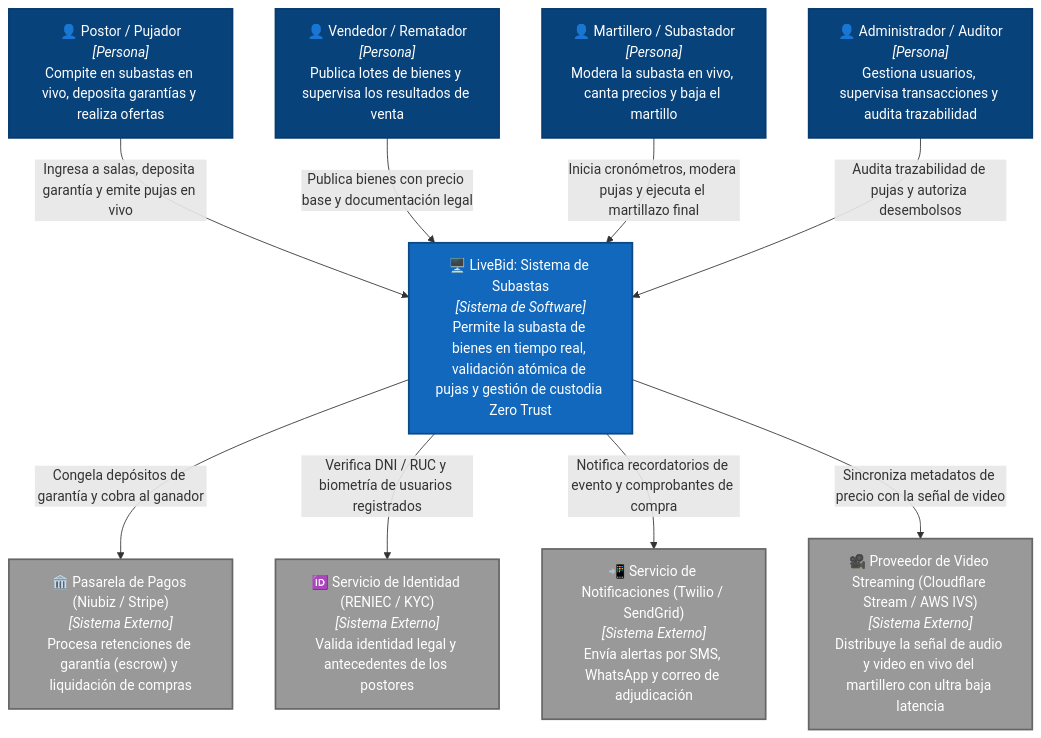
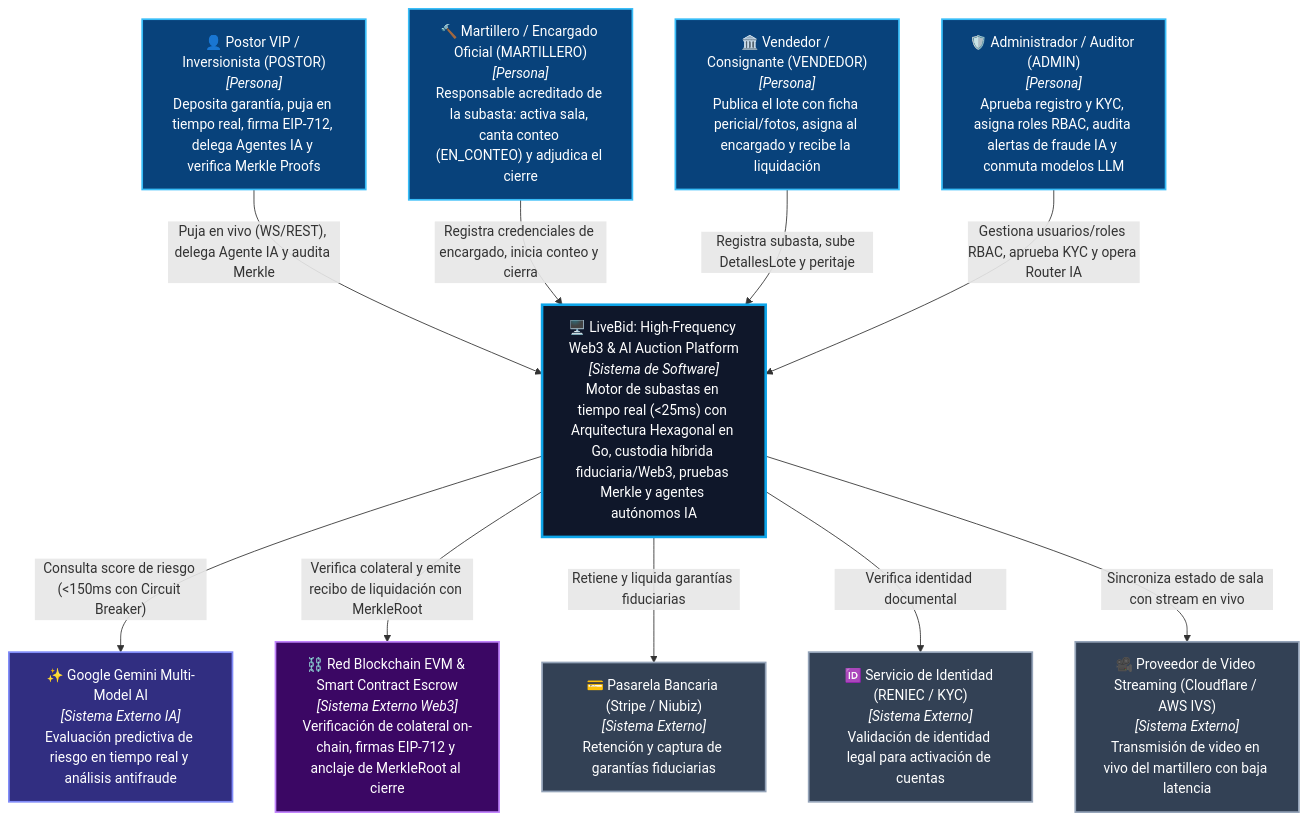
One commit to fxrl01/PlataformaSubastas-arquitSoft-02-Fernando changed the diagram in docs/04-modelo-c4/Nivel1-DiagramadeContextodelSistema.md. Above: the diagram before and after it, drawn with Mermaid. The commit also changed other lines of this file and 36 other files, not shown here.

Commit message:
feat(arch,backend): simplificar arquitectura con Stripe/PostgreSQL único e implementar módulos RBAC Admin, encargado y detalles de lote

````diff
--- a/docs/04-modelo-c4/Nivel1-DiagramadeContextodelSistema.md
+++ b/docs/04-modelo-c4/Nivel1-DiagramadeContextodelSistema.md
@@ -24,28 +17,32 @@
 ```mermaid
 graph TD
-    classDef person fill:#08427B,stroke:#073B6F,color:#ffffff,stroke-width:2px;
-    classDef system fill:#1168BD,stroke:#0B4884,color:#ffffff,stroke-width:2px;
-    classDef external fill:#999999,stroke:#666666,color:#ffffff,stroke-width:2px;
+    classDef person fill:#08427B,stroke:#38BDF8,color:#ffffff,stroke-width:2px;
+    classDef system fill:#0F172A,stroke:#0EA5E9,color:#ffffff,stroke-width:3px;
+    classDef external fill:#334155,stroke:#94A3B8,color:#ffffff,stroke-width:2px;
+    classDef web3 fill:#3B0764,stroke:#C084FC,color:#ffffff,stroke-width:2px;
+    classDef ai fill:#312E81,stroke:#818CF8,color:#ffffff,stroke-width:2px;
 
-    Pujador["👤 Postor / Pujador<br><i>[Persona]</i><br>Compite en subastas en vivo, deposita garantías y realiza ofertas"]:::person
-    Vendedor["👤 Vendedor / Rematador<br><i>[Persona]</i><br>Publica lotes de bienes y supervisa los resultados de venta"]:::person
-    Martillero["👤 Martillero / Subastador<br><i>[Persona]</i><br>Modera la subasta en vivo, canta precios y baja el martillo"]:::person
-    Admin["👤 Administrador / Auditor<br><i>[Persona]</i><br>Gestiona usuarios, supervisa transacciones y audita trazabilidad"]:::person
+    Pujador["👤 Postor VIP / Inversionista (POSTOR)<br><i>[Persona]</i><br>Deposita garantía, puja en tiempo real, firma EIP-712, delega Agentes IA y verifica Merkle Proofs"]:::person
+    Martillero["🔨 Martillero / Encargado Oficial (MARTILLERO)<br><i>[Persona]</i><br>Responsable acreditado de la subasta: activa sala, canta conteo (EN_CONTEO) y adjudica el cierre"]:::person
+    Vendedor["🏛️ Vendedor / Consignante (VENDEDOR)<br><i>[Persona]</i><br>Publica el lote con ficha pericial/fotos, asigna al encargado y recibe la liquidación"]:::person
+    Admin["🛡️ Administrador / Auditor (ADMIN)<br><i>[Persona]</i><br>Aprueba registro y KYC, asigna roles RBAC, audita alertas de fraude IA y conmuta modelos LLM"]:::person
 
-    LiveBid["🖥️ LiveBid: Sistema de Subastas<br><i>[Sistema de Software]</i><br>Permite la subasta de bienes en tiempo real, validación atómica de pujas y gestión de custodia Zero Trust"]:::system
+    LiveBid["🖥️ LiveBid: High-Frequency Web3 & AI Auction Platform<br><i>[Sistema de Software]</i><br>Motor de subastas en tiempo real (<25ms) con Arquitectura Hexagonal en Go, custodia híbrida fiduciaria/Web3, pruebas Merkle y agentes autónomos IA"]:::system
 
-    Pasarela["🏛️ Pasarela de Pagos (Niubiz / Stripe)<br><i>[Sistema Externo]</i><br>Procesa retenciones de garantía (escrow) y liquidación de compras"]:::external
-    KYC["🆔 Servicio de Identidad (RENIEC / KYC)<br><i>[Sistema Externo]</i><br>Valida identidad legal y antecedentes de los postores"]:::external
-    Notif["📲 Servicio de Notificaciones (Twilio / SendGrid)<br><i>[Sistema Externo]</i><br>Envía alertas por SMS, WhatsApp y correo de adjudicación"]:::external
-    VideoLive["🎥 Proveedor de Video Streaming (Cloudflare Stream / AWS IVS)<br><i>[Sistema Externo]</i><br>Distribuye la señal de audio y video en vivo del martillero con ultra baja latencia"]:::external
+    GeminiAI["✨ Google Gemini Multi-Model AI<br><i>[Sistema Externo IA]</i><br>Evaluación predictiva de riesgo en tiempo real y análisis antifraude"]:::ai
+    EVMChain["⛓️ Red Blockchain EVM & Smart Contract Escrow<br><i>[Sistema Externo Web3]</i><br>Verificación de colateral on-chain, firmas EIP-712 y anclaje de MerkleRoot al cierre"]:::web3
+    Pasarela["💳 Pasarela Bancaria (Stripe / Niubiz)<br><i>[Sistema Externo]</i><br>Retención y captura de garantías fiduciarias"]:::external
+    KYC["🆔 Servicio de Identidad (RENIEC / KYC)<br><i>[Sistema Externo]</i><br>Validación de identidad legal para activación de cuentas"]:::external
+    VideoLive["🎥 Proveedor de Video Streaming (Cloudflare / AWS IVS)<br><i>[Sistema Externo]</i><br>Transmisión de video en vivo del martillero con baja latencia"]:::external
 
-    Pujador -->|Ingresa a salas, deposita garantía y emite pujas en vivo| LiveBid
-    Vendedor -->|Publica bienes con precio base y documentación legal| LiveBid
-    Martillero -->|Inicia cronómetros, modera pujas y ejecuta el martillazo final| LiveBid
-    Admin -->|Audita trazabilidad de pujas y autoriza desembolsos| LiveBid
+    Pujador -->|"Puja en vivo (WS/REST), delega Agente IA y audita Merkle"| LiveBid
+    Martillero -->|"Registra credenciales de encargado, inicia conteo y cierra"| LiveBid
+    Vendedor -->|"Registra subasta, sube DetallesLote y peritaje"| LiveBid
+    Admin -->|"Gestiona usuarios/roles RBAC, aprueba KYC y opera Router IA"| LiveBid
 
-    LiveBid -->|Congela depósitos de garantía y cobra al ganador| Pasarela
-    LiveBid -->|Verifica DNI / RUC y biometría de usuarios registrados| KYC
-    LiveBid -->|Notifica recordatorios de evento y comprobantes de compra| Notif
-    LiveBid -->|Sincroniza metadatos de precio con la señal de video| VideoLive
+    LiveBid -->|"Consulta score de riesgo (<150ms con Circuit Breaker)"| GeminiAI
+    LiveBid -->|"Verifica colateral y emite recibo de liquidación con MerkleRoot"| EVMChain
+    LiveBid -->|"Retiene y liquida garantías fiduciarias"| Pasarela
+    LiveBid -->|"Verifica identidad documental"| KYC
+    LiveBid -->|"Sincroniza estado de sala con stream en vivo"| VideoLive
 ```
````
